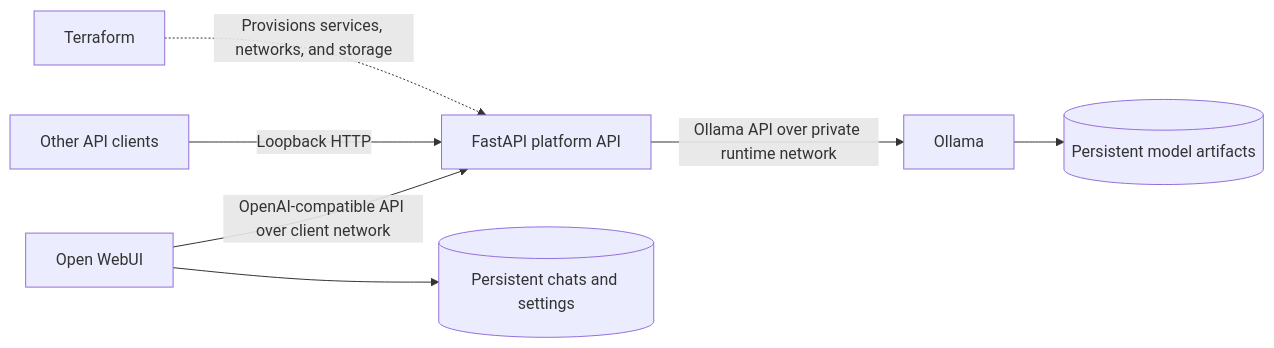
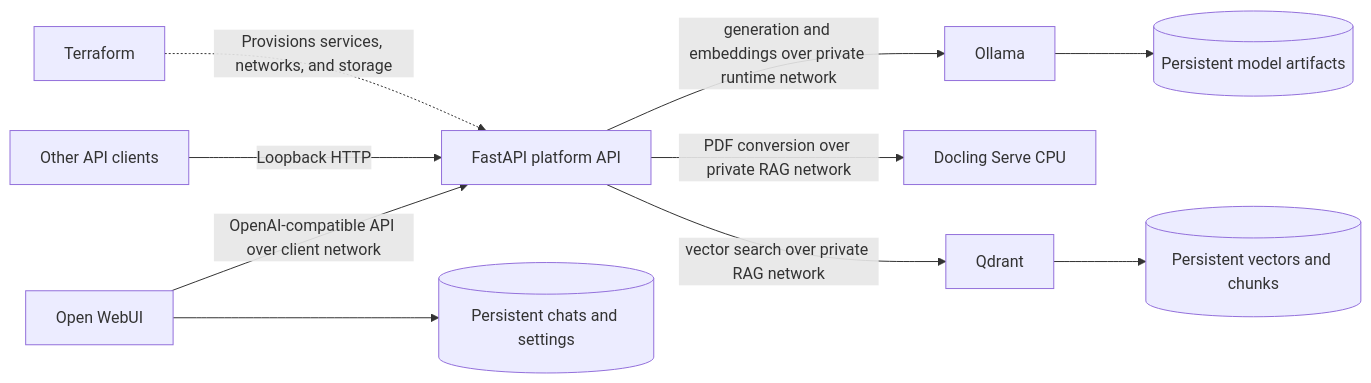
The diagram in docs/project-scope.md (BinarySyrup/AI-Platform-Foundation-Local), drawn with Mermaid before and after one commit. The commit also changed other lines of this file and 8 other files, not shown here.

First line of the commit message:
docs(rag): add local PDF RAG scope and architecture

````diff
--- a/docs/project-scope.md
+++ b/docs/project-scope.md
@@ -115,9 +133,12 @@
 ```mermaid
 flowchart LR
     UI["Open WebUI"] -->|OpenAI-compatible API over client network| API["FastAPI platform API"]
     Client["Other API clients"] -->|Loopback HTTP| API
-    API -->|Ollama API over private runtime network| Ollama["Ollama"]
+    API -->|generation and embeddings over private runtime network| Ollama["Ollama"]
+    API -->|PDF conversion over private RAG network| Docling["Docling Serve CPU"]
+    API -->|vector search over private RAG network| Qdrant["Qdrant"]
     Ollama --> ModelVolume[("Persistent model artifacts")]
+    Qdrant --> VectorVolume[("Persistent vectors and chunks")]
     UI --> UIData[("Persistent chats and settings")]
     Terraform -. "Provisions services, networks, and storage" .-> API
 ```
````
